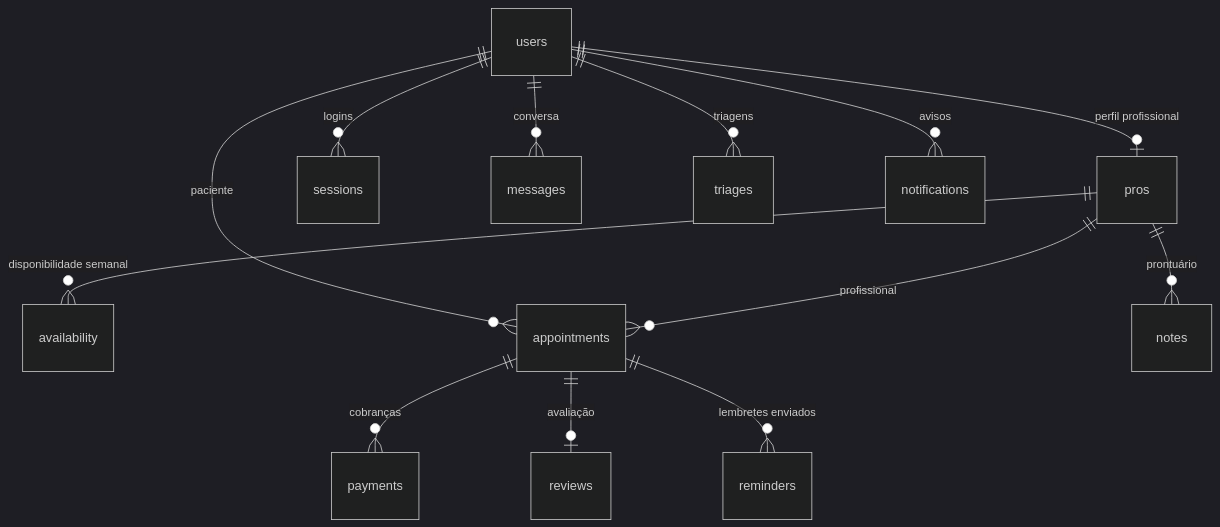
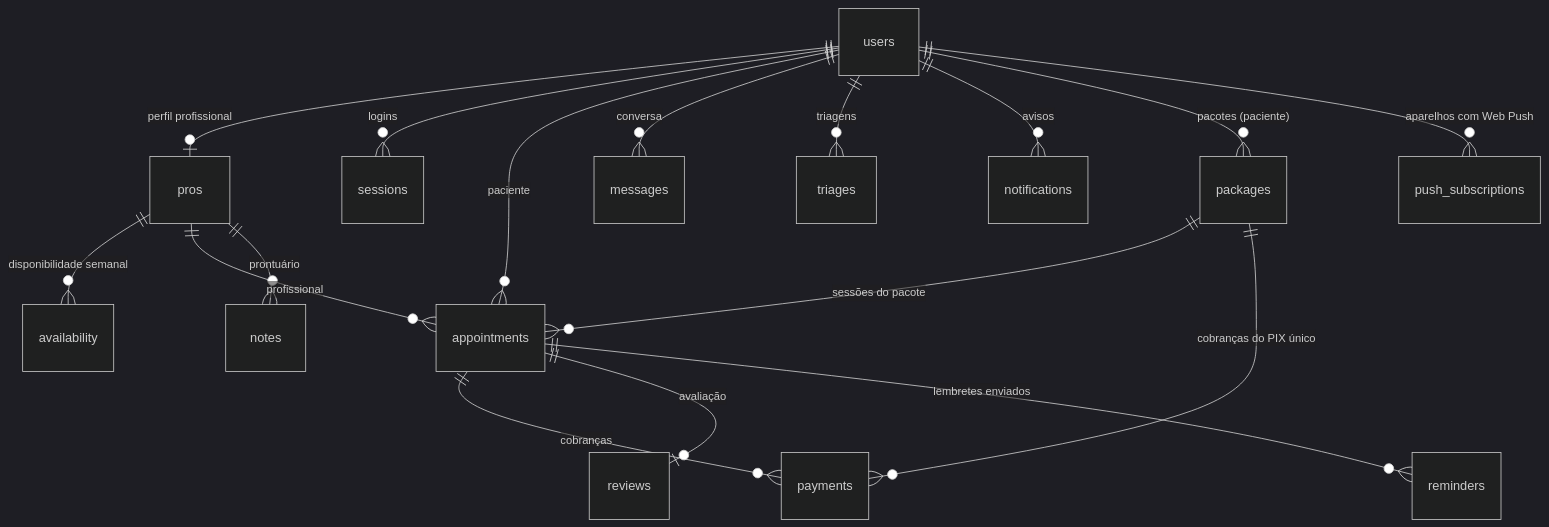
Before and after one commit to andreprtl/me-salva: the second of 3 diagrams in docs/DOCUMENTACAO.md, drawn with Mermaid (dark theme). The commit also changed other lines of this file and 53 other files, not shown here.

````diff
--- a/docs/DOCUMENTACAO.md
+++ b/docs/DOCUMENTACAO.md
@@ -218,15 +279,19 @@
 ```mermaid
 erDiagram
   users ||--o| pros : "perfil profissional"
   users ||--o{ sessions : "logins"
   pros ||--o{ availability : "disponibilidade semanal"
   users ||--o{ appointments : "paciente"
   pros ||--o{ appointments : "profissional"
   appointments ||--o{ payments : "cobranças"
   appointments ||--o| reviews : "avaliação"
   users ||--o{ messages : "conversa"
   users ||--o{ triages : "triagens"
   pros ||--o{ notes : "prontuário"
   users ||--o{ notifications : "avisos"
   appointments ||--o{ reminders : "lembretes enviados"
+  users ||--o{ packages : "pacotes (paciente)"
+  packages ||--o{ appointments : "sessões do pacote"
+  packages ||--o{ payments : "cobranças do PIX único"
+  users ||--o{ push_subscriptions : "aparelhos com Web Push"
 ```
````
